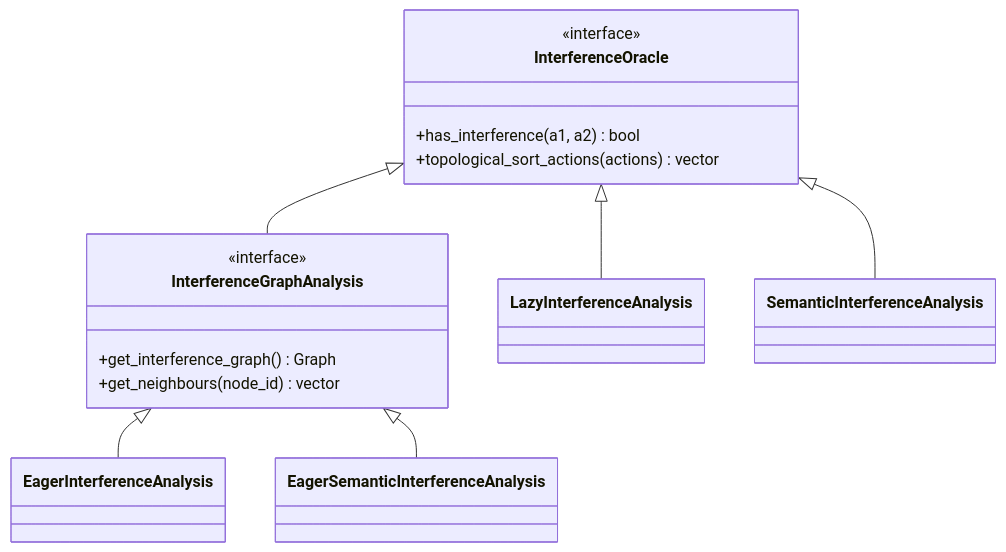
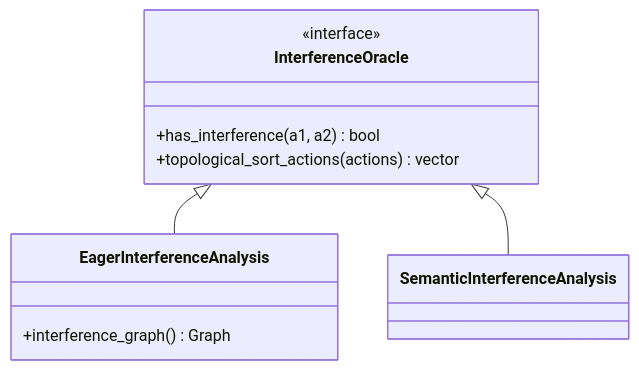
One commit to pyPMT/RanTanPlan changed the first of 2 diagrams in developer-docs/interference-and-propagators.md. Above: the diagram before and after it, drawn with Mermaid. The commit also changed other lines of this file and 7 other files, not shown here.

````diff
--- a/developer-docs/interference-and-propagators.md
+++ b/developer-docs/interference-and-propagators.md
@@ -37,18 +44,13 @@
 ```mermaid
 classDiagram
     class InterferenceOracle {
         <<interface>>
         +has_interference(a1, a2) bool
         +topological_sort_actions(actions) vector
     }
-    class InterferenceGraphAnalysis {
-        <<interface>>
-        +get_interference_graph() Graph
-        +get_neighbours(node_id) vector
+    class EagerInterferenceAnalysis {
+        +interference_graph() Graph
     }
-    InterferenceOracle <|-- InterferenceGraphAnalysis
-    InterferenceGraphAnalysis <|-- EagerInterferenceAnalysis
-    InterferenceGraphAnalysis <|-- EagerSemanticInterferenceAnalysis
-    InterferenceOracle <|-- LazyInterferenceAnalysis
+    InterferenceOracle <|-- EagerInterferenceAnalysis
     InterferenceOracle <|-- SemanticInterferenceAnalysis
 ```
````
